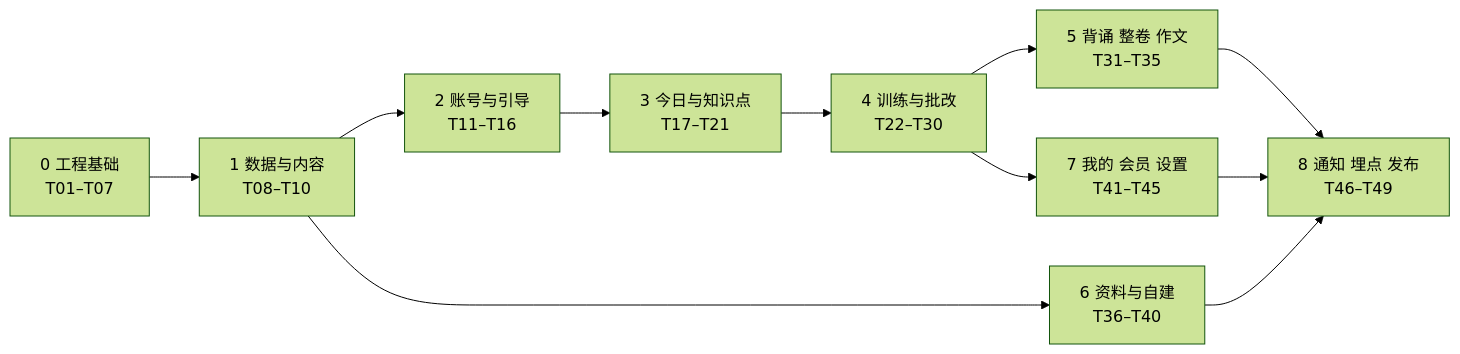
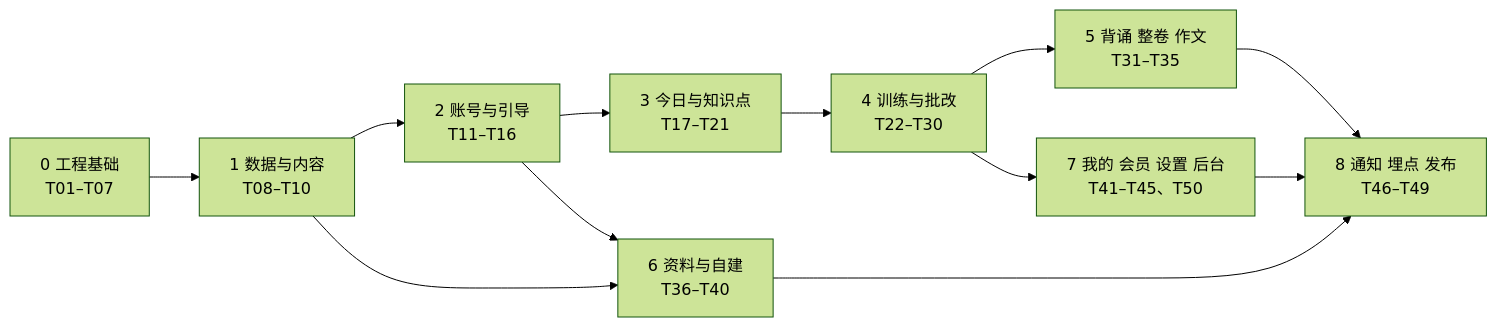
The diagram in docs/construction.md (ViteZhang/PEETraining), drawn with Mermaid (forest theme) before and after one commit. The commit also changed other lines of this file and 15 other files, not shown here.

````diff
--- a/docs/construction.md
+++ b/docs/construction.md
@@ -44,13 +47,14 @@
 ```mermaid
 flowchart LR
   P0[0 工程基础<br/>T01–T07] --> P1[1 数据与内容<br/>T08–T10]
   P1 --> P2[2 账号与引导<br/>T11–T16]
   P2 --> P3[3 今日与知识点<br/>T17–T21]
   P3 --> P4[4 训练与批改<br/>T22–T30]
   P4 --> P5[5 背诵 整卷 作文<br/>T31–T35]
   P1 --> P6[6 资料与自建<br/>T36–T40]
-  P4 --> P7[7 我的 会员 设置<br/>T41–T45]
+  P2 --> P6
+  P4 --> P7[7 我的 会员 设置 后台<br/>T41–T45、T50]
   P5 --> P8[8 通知 埋点 发布<br/>T46–T49]
   P6 --> P8
   P7 --> P8
 ```
````
